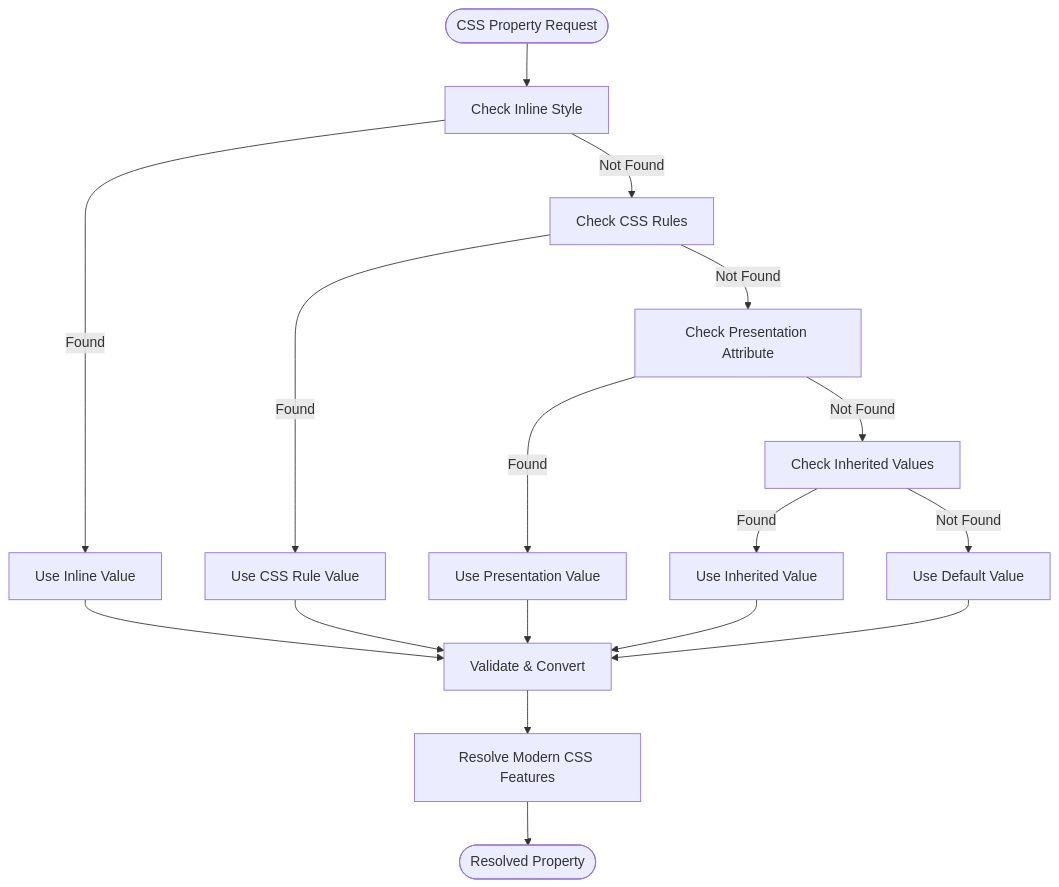
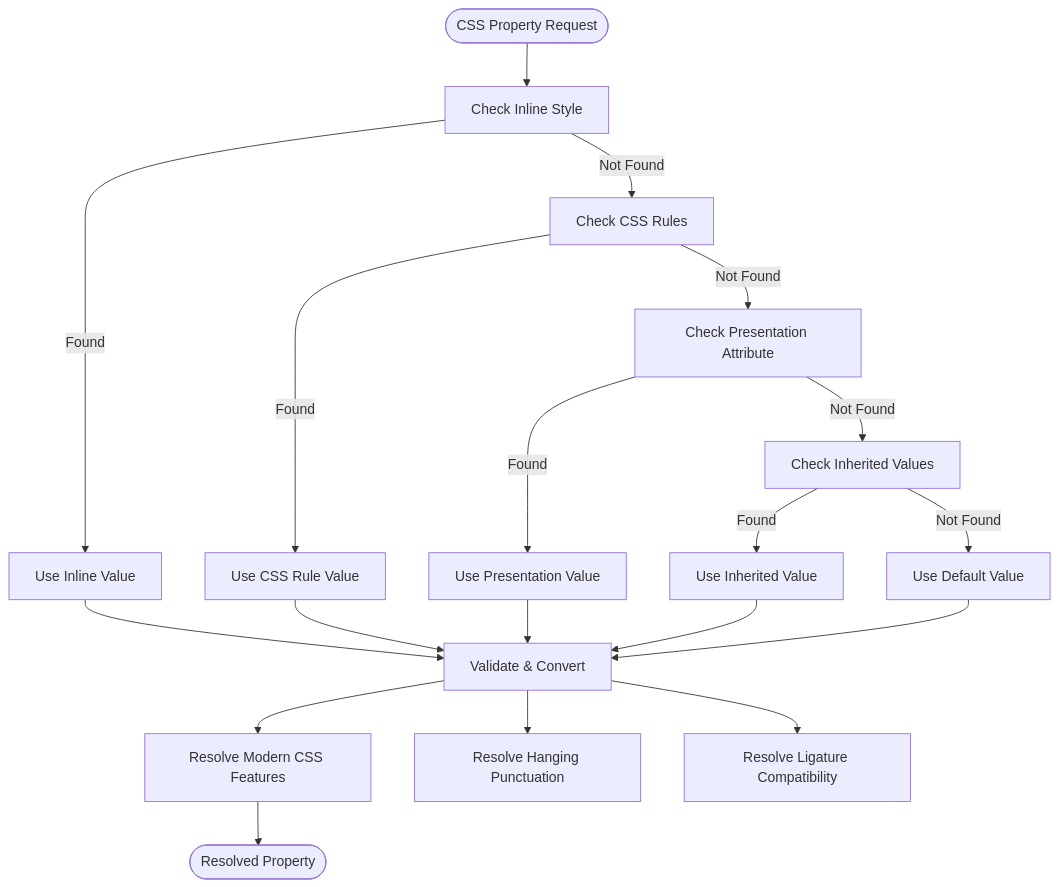
Before and after one commit to denisnadey/flutter_full_svg_support: the fourth of 13 diagrams in .qoder/repowiki/en/content/Animated SVG Support/Advanced Animation Features/Enhanced Text Styling System/Enhanced Text Styling System.md, drawn with Mermaid. The commit also changed other lines of this file and 10 other files, not shown here.

First line of the commit message:
feat(text-styling): add hanging punctuation, deep nesting baseline, and ligature features

````diff
--- a/.qoder/repowiki/en/content/Animated SVG Support/Advanced Animation Features/Enhanced Text Styling System/Enhanced Text Styling System.md
+++ b/.qoder/repowiki/en/content/Animated SVG Support/Advanced Animation Features/Enhanced Text Styling System/Enhanced Text Styling System.md
@@ -257,19 +308,21 @@
 ```mermaid
 flowchart TD
 Start([CSS Property Request]) --> CheckInline["Check Inline Style"]
 CheckInline --> |Found| UseInline["Use Inline Value"]
 CheckInline --> |Not Found| CheckCSS["Check CSS Rules"]
 CheckCSS --> |Found| UseCSS["Use CSS Rule Value"]
 CheckCSS --> |Not Found| CheckPresentation["Check Presentation Attribute"]
 CheckPresentation --> |Found| UsePresentation["Use Presentation Value"]
 CheckPresentation --> |Not Found| CheckInherit["Check Inherited Values"]
 CheckInherit --> |Found| UseInherit["Use Inherited Value"]
 CheckInherit --> |Not Found| UseDefault["Use Default Value"]
 UseInline --> Validate["Validate & Convert"]
 UseCSS --> Validate
 UsePresentation --> Validate
 UseInherit --> Validate
 UseDefault --> Validate
 Validate --> ModernCSS["Resolve Modern CSS Features"]
+Validate --> HangingPunctuation["Resolve Hanging Punctuation"]
+Validate --> LigatureCompatibility["Resolve Ligature Compatibility"]
 ModernCSS --> End([Resolved Property])
 ```
````
